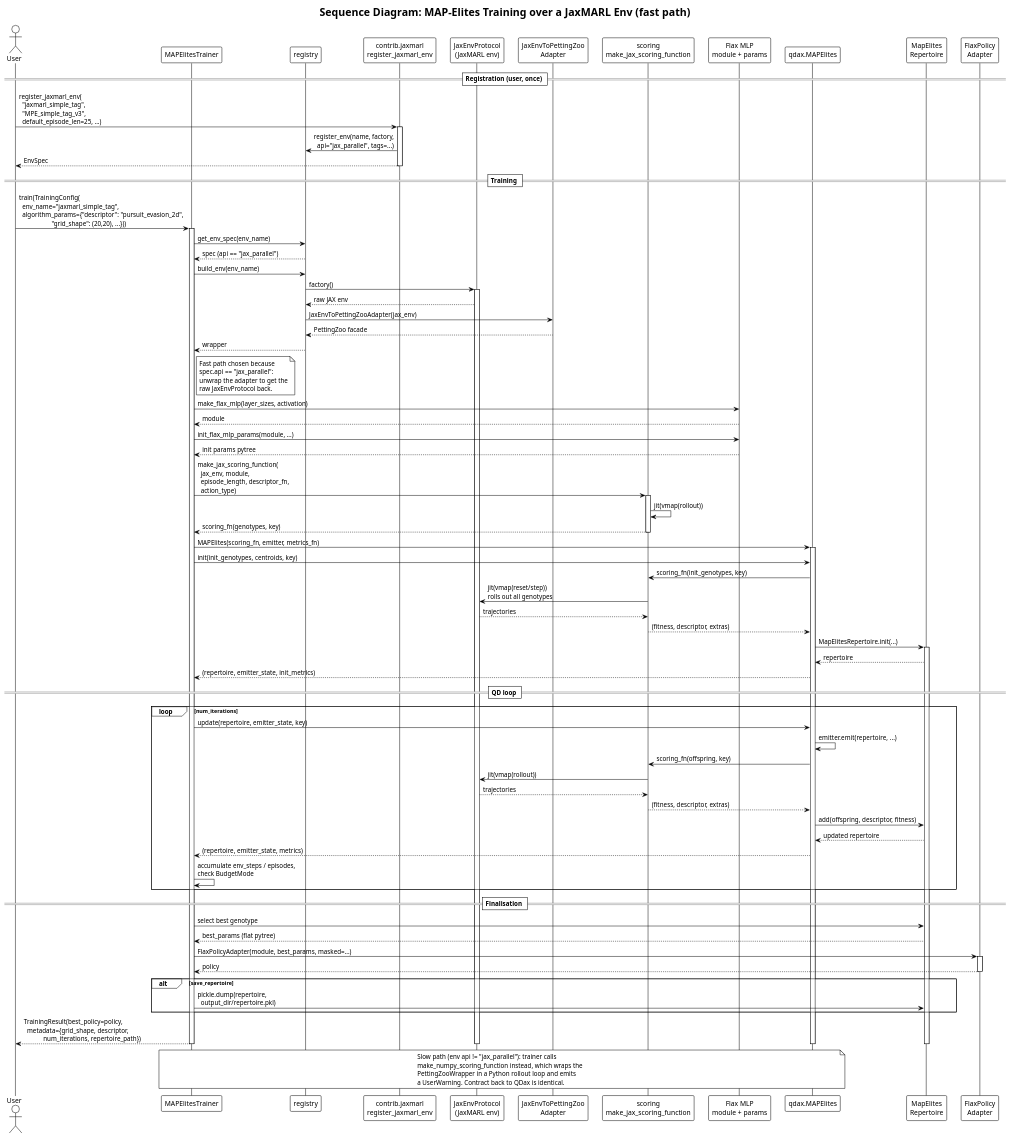
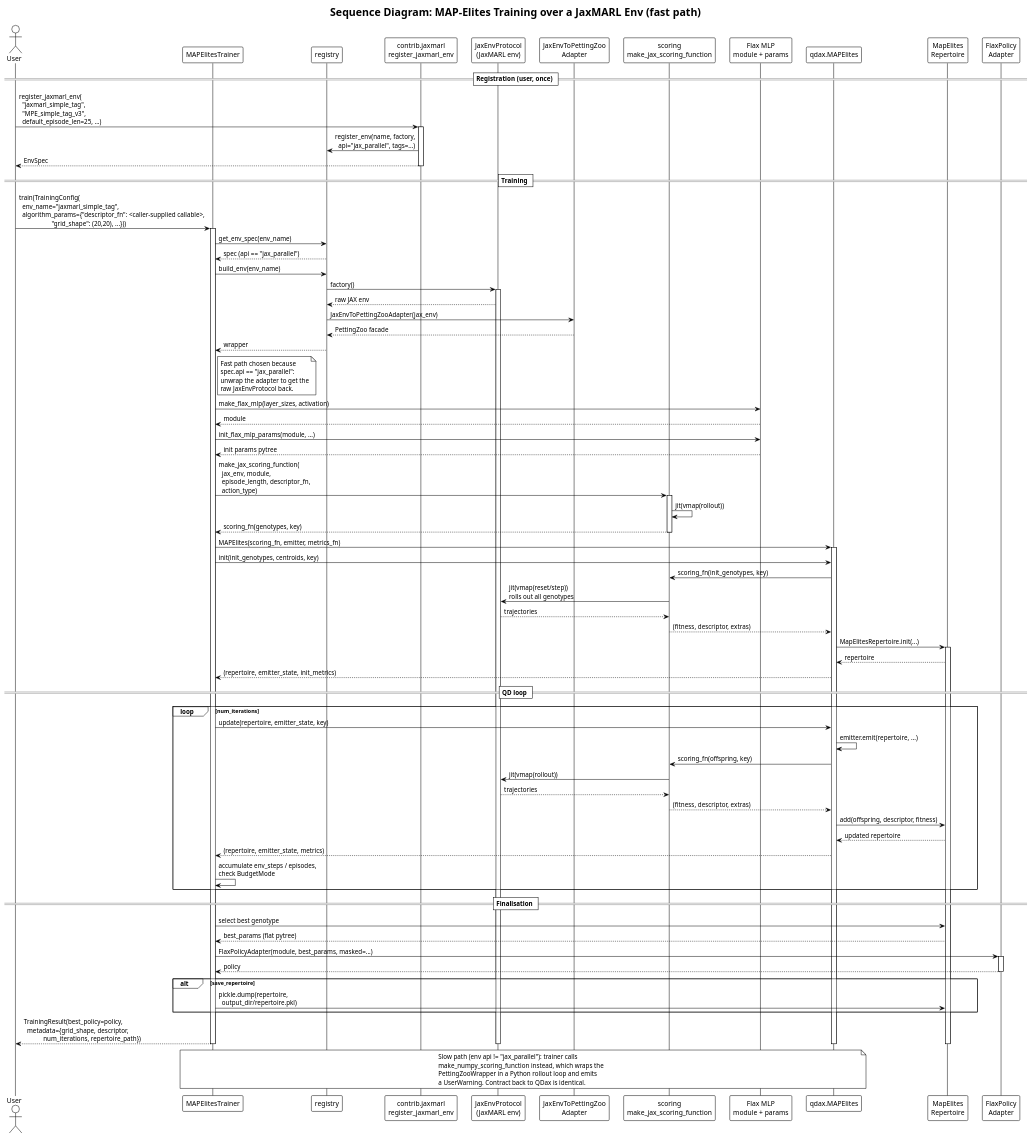
One commit to Alex180504/DEAP-Zoo-bridge changed the diagram in docs/UML/sequence_qdax_jax.puml. Above: the diagram before and after it, drawn with PlantUML. The commit also changed 31 other files, not shown here.

```diff
--- a/docs/UML/sequence_qdax_jax.puml
+++ b/docs/UML/sequence_qdax_jax.puml
@@ -1,114 +1,114 @@
 @startuml sequence_qdax_jax
 !theme plain
 title Sequence Diagram: MAP-Elites Training over a JaxMARL Env (fast path)
 
 actor "User" as User
 participant "MAPElitesTrainer" as Trainer
 participant "registry" as Registry
 participant "contrib.jaxmarl\nregister_jaxmarl_env" as JaxMARLMod
 participant "JaxEnvProtocol\n(JaxMARL env)" as JaxEnv
 participant "JaxEnvToPettingZoo\nAdapter" as Adapter
 participant "scoring\nmake_jax_scoring_function" as Scoring
 participant "Flax MLP\nmodule + params" as Flax
 participant "qdax.MAPElites" as QDax
 participant "MapElites\nRepertoire" as Repertoire
 participant "FlaxPolicy\nAdapter" as Policy
 
 == Registration (user, once) ==
 
 User -> JaxMARLMod : register_jaxmarl_env(\n  "jaxmarl_simple_tag",\n  "MPE_simple_tag_v3",\n  default_episode_len=25, ...)
 activate JaxMARLMod
 JaxMARLMod -> Registry : register_env(name, factory,\n  api="jax_parallel", tags=...)
 JaxMARLMod --> User : EnvSpec
 deactivate JaxMARLMod
 
 == Training ==
 
-User -> Trainer : train(TrainingConfig(\n  env_name="jaxmarl_simple_tag",\n  algorithm_params={"descriptor": "pursuit_evasion_2d",\n                    "grid_shape": (20,20), ...}))
+User -> Trainer : train(TrainingConfig(\n  env_name="jaxmarl_simple_tag",\n  algorithm_params={"descriptor_fn": <caller-supplied callable>,\n                    "grid_shape": (20,20), ...}))
 activate Trainer
 
 Trainer -> Registry : get_env_spec(env_name)
 Registry --> Trainer : spec (api == "jax_parallel")
 
 Trainer -> Registry : build_env(env_name)
 Registry -> JaxEnv : factory()
 activate JaxEnv
 JaxEnv --> Registry : raw JAX env
 Registry -> Adapter : JaxEnvToPettingZooAdapter(jax_env)
 Adapter --> Registry : PettingZoo facade
 Registry --> Trainer : wrapper
 
 note right of Trainer
   Fast path chosen because
   spec.api == "jax_parallel":
   unwrap the adapter to get the
   raw JaxEnvProtocol back.
 end note
 
 Trainer -> Flax : make_flax_mlp(layer_sizes, activation)
 Flax --> Trainer : module
 Trainer -> Flax : init_flax_mlp_params(module, ...)
 Flax --> Trainer : init params pytree
 
 Trainer -> Scoring : make_jax_scoring_function(\n  jax_env, module,\n  episode_length, descriptor_fn,\n  action_type)
 activate Scoring
 Scoring -> Scoring : jit(vmap(rollout))
 Scoring --> Trainer : scoring_fn(genotypes, key)
 deactivate Scoring
 
 Trainer -> QDax : MAPElites(scoring_fn, emitter, metrics_fn)
 activate QDax
 
 Trainer -> QDax : init(init_genotypes, centroids, key)
 QDax -> Scoring : scoring_fn(init_genotypes, key)
 Scoring -> JaxEnv : jit(vmap(reset/step))\nrolls out all genotypes
 JaxEnv --> Scoring : trajectories
 Scoring --> QDax : (fitness, descriptor, extras)
 QDax -> Repertoire : MapElitesRepertoire.init(...)
 activate Repertoire
 Repertoire --> QDax : repertoire
 QDax --> Trainer : (repertoire, emitter_state, init_metrics)
 
 == QD loop ==
 
 loop num_iterations
     Trainer -> QDax : update(repertoire, emitter_state, key)
     QDax -> QDax : emitter.emit(repertoire, ...)
     QDax -> Scoring : scoring_fn(offspring, key)
     Scoring -> JaxEnv : jit(vmap(rollout))
     JaxEnv --> Scoring : trajectories
     Scoring --> QDax : (fitness, descriptor, extras)
     QDax -> Repertoire : add(offspring, descriptor, fitness)
     Repertoire --> QDax : updated repertoire
     QDax --> Trainer : (repertoire, emitter_state, metrics)
     Trainer -> Trainer : accumulate env_steps / episodes,\ncheck BudgetMode
 end
 
 == Finalisation ==
 
 Trainer -> Repertoire : select best genotype
 Repertoire --> Trainer : best_params (flat pytree)
 
 Trainer -> Policy : FlaxPolicyAdapter(module, best_params, masked=...)
 activate Policy
 Policy --> Trainer : policy
 deactivate Policy
 
 alt save_repertoire
   Trainer -> Repertoire : pickle.dump(repertoire,\n  output_dir/repertoire.pkl)
 end
 
 Trainer --> User : TrainingResult(best_policy=policy,\n  metadata={grid_shape, descriptor,\n            num_iterations, repertoire_path})
 deactivate QDax
 deactivate Repertoire
 deactivate JaxEnv
 deactivate Trainer
 
 note over Trainer, QDax
   Slow path (env api != "jax_parallel"): trainer calls
   make_numpy_scoring_function instead, which wraps the
   PettingZooWrapper in a Python rollout loop and emits
   a UserWarning. Contract back to QDax is identical.
 end note
 
 @enduml
```
